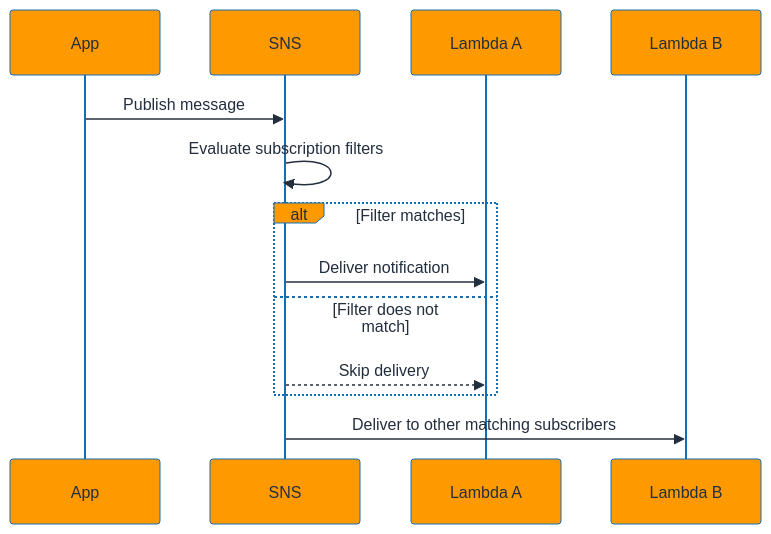
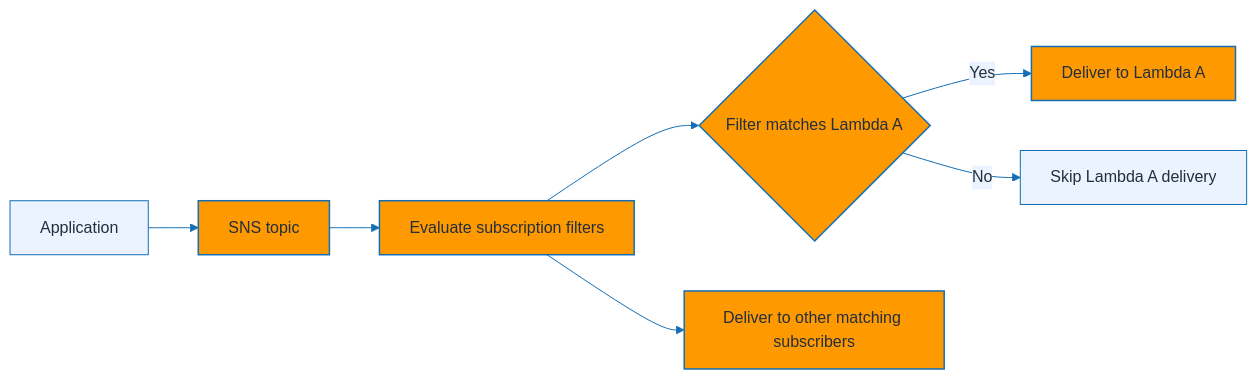
Before and after one commit to ShasidharReddy/AWS-Cloud-Engineer: diagram 13 of 31 in Serverless/README.md, drawn with Mermaid. The commit also changed other lines of this file and 14 other files, not shown here.

Commit message:
fix: resolve Mermaid rendering errors and add official AWS documentation links (#4)

````diff
--- a/Serverless/README.md
+++ b/Serverless/README.md
@@ -872,16 +860,14 @@
 ```mermaid
 %%{init: {'theme': 'base', 'themeVariables': { 'fontFamily': 'Inter, Arial', 'primaryColor': '#FF9900', 'primaryTextColor': '#232F3E', 'primaryBorderColor': '#146EB4', 'lineColor': '#146EB4', 'secondaryColor': '#EAF3FF', 'tertiaryColor': '#FFFFFF', 'clusterBkg': '#F7F7F7', 'clusterBorder': '#146EB4' }}}%%
-sequenceDiagram
-    participant App
-    participant SNS
-    participant SubA as Lambda A
-    participant SubB as Lambda B
-    App->>SNS: Publish message
-    SNS->>SNS: Evaluate subscription filters
-    alt Filter matches
-        SNS->>SubA: Deliver notification
-    else Filter does not match
-        SNS-->>SubA: Skip delivery
-    end
-    SNS->>SubB: Deliver to other matching subscribers
+flowchart LR
+    App[Application] --> SNS[SNS topic]
+    SNS --> Filters[Evaluate subscription filters]
+    Filters --> Match{Filter matches Lambda A}
+    Match -->|Yes| SubA[Deliver to Lambda A]
+    Match -->|No| SkipA[Skip Lambda A delivery]
+    Filters --> SubB[Deliver to other matching subscribers]
+    classDef aws fill:#FF9900,color:#232F3E,stroke:#146EB4,stroke-width:1.5px;
+    classDef support fill:#EAF3FF,color:#232F3E,stroke:#146EB4,stroke-width:1px;
+    class SNS,Filters,Match,SubA,SubB aws;
+    class App,SkipA support;
 ```
````
